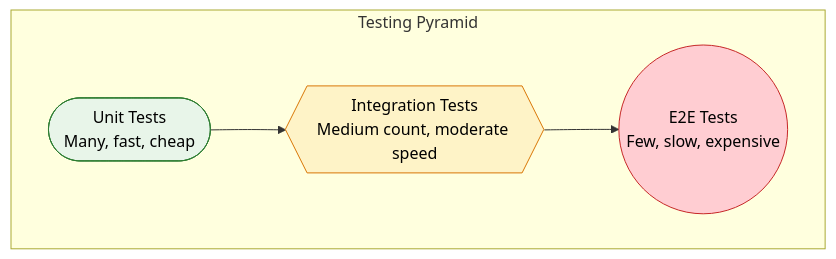
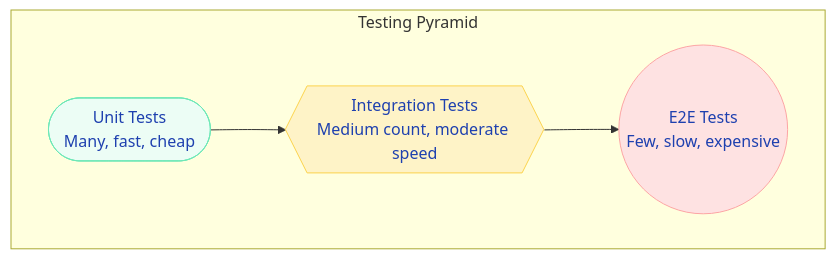
The first of 2 diagrams in docs/springboot/testing.md (saivamsikaruturi/vamsilabs-dev-notes-main), drawn with Mermaid before and after one commit. The commit also changed other lines of this file and 220 other files, not shown here.

First line of the commit message:
Add 50+ new Java/Spring Boot pages, rewrite CSS code blocks to Oracle style, fix all diagram colors

````diff
--- a/docs/springboot/testing.md
+++ b/docs/springboot/testing.md
@@ -13,11 +13,11 @@
 ```mermaid
 flowchart LR
     subgraph Pyramid["Testing Pyramid"]
         direction LR
         UNIT(["Unit Tests<br/>Many, fast, cheap"]) --> INT{{"Integration Tests<br/>Medium count, moderate speed"}} --> E2E(("E2E Tests<br/>Few, slow, expensive"))
     end
 
-    style E2E fill:#FFCDD2,stroke:#C62828,color:#000
-    style INT fill:#FEF3C7,stroke:#D97706,color:#000
-    style UNIT fill:#E8F5E9,stroke:#2E7D32,color:#000
+    style E2E fill:#FEE2E2,stroke:#FCA5A5,color:#1E40AF
+    style INT fill:#FEF3C7,stroke:#FCD34D,color:#1E40AF
+    style UNIT fill:#ECFDF5,stroke:#6EE7B7,color:#1E40AF
 ```
````
